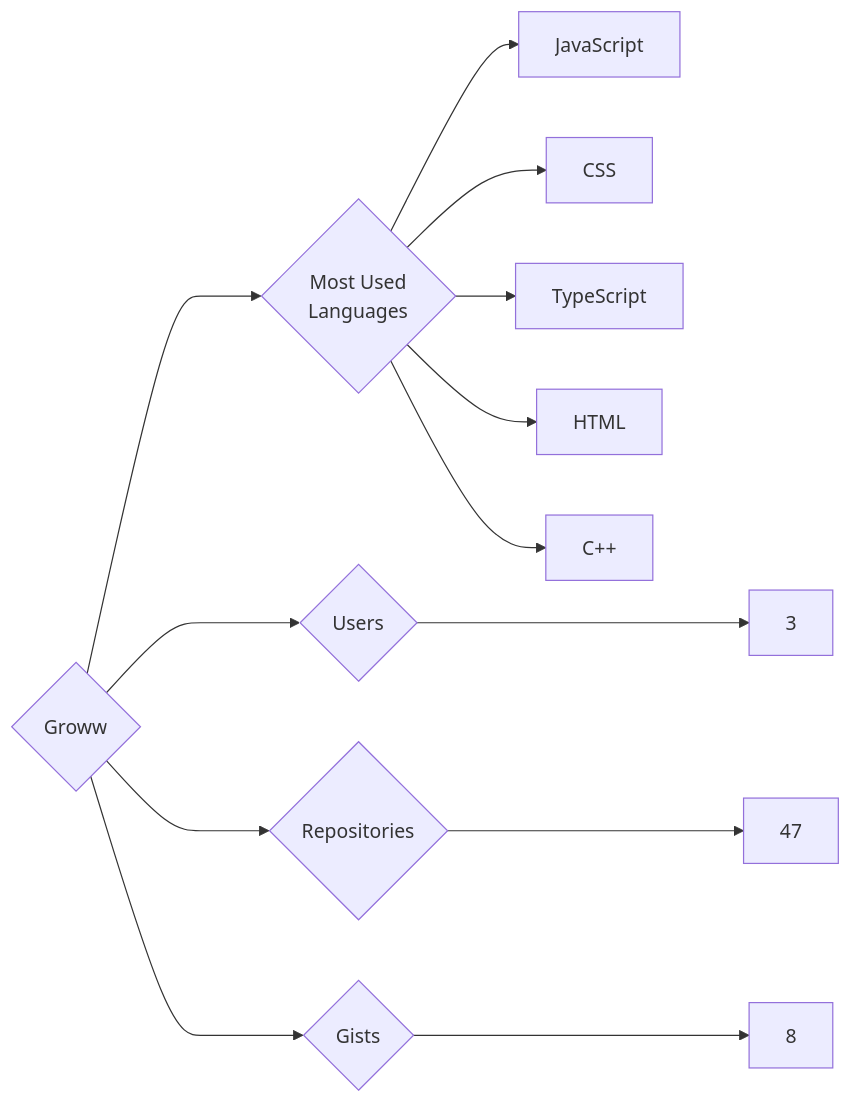
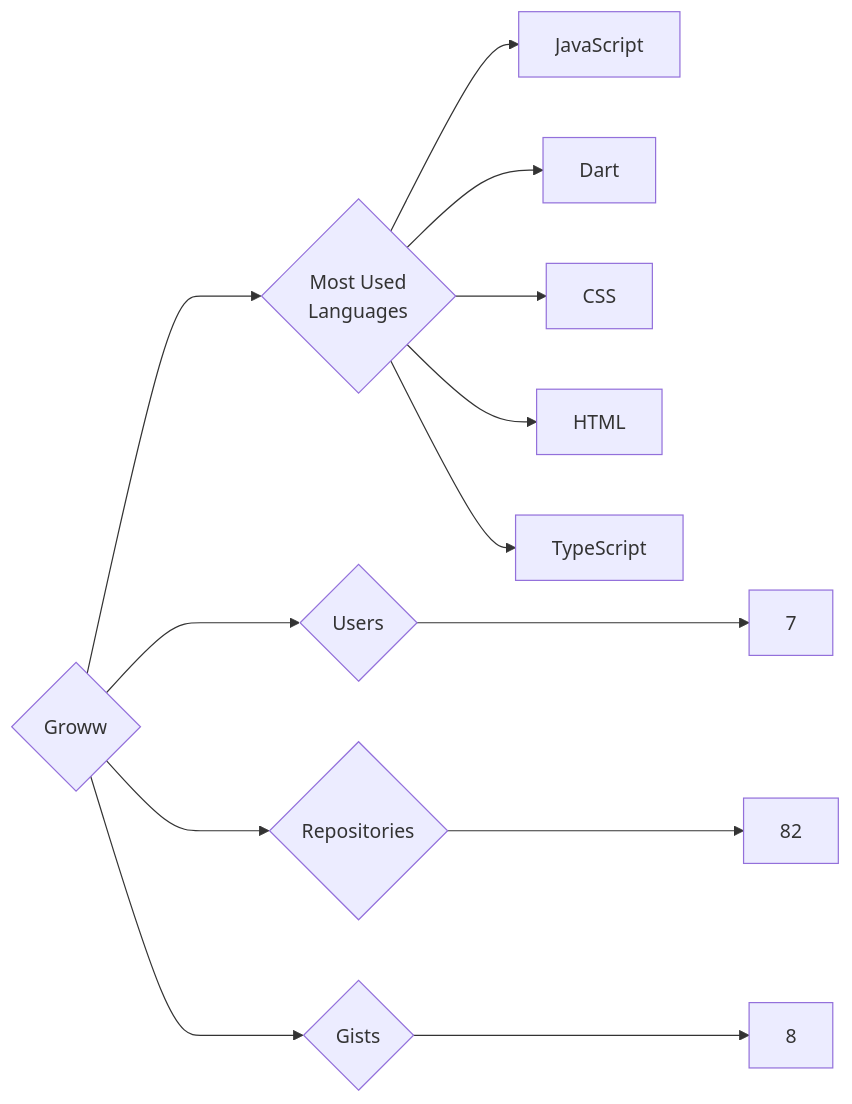
The diagram in targets/Groww/README.md (trickest/insiders), drawn with Mermaid before and after one commit. The commit also changed 912 other files, not shown here.

````diff
--- a/targets/Groww/README.md
+++ b/targets/Groww/README.md
@@ -3,13 +3,13 @@
 ```mermaid
 graph LR
 COMPANY_NAME{Groww}
-COMPANY_NAME ---> U{Users} ---> UN[3]
-COMPANY_NAME ---> R{Repositories} ---> RN[47]
+COMPANY_NAME ---> U{Users} ---> UN[7]
+COMPANY_NAME ---> R{Repositories} ---> RN[82]
 COMPANY_NAME ---> G{Gists} ---> GN[8]
 COMPANY_NAME ---> ML{Most Used<br>Languages}
 ML --> JavaScript[JavaScript]
+ML --> Dart[Dart]
 ML --> CSS[CSS]
+ML --> HTML[HTML]
 ML --> TypeScript[TypeScript]
-ML --> HTML[HTML]
-ML --> C++[C++]
 ```
````
